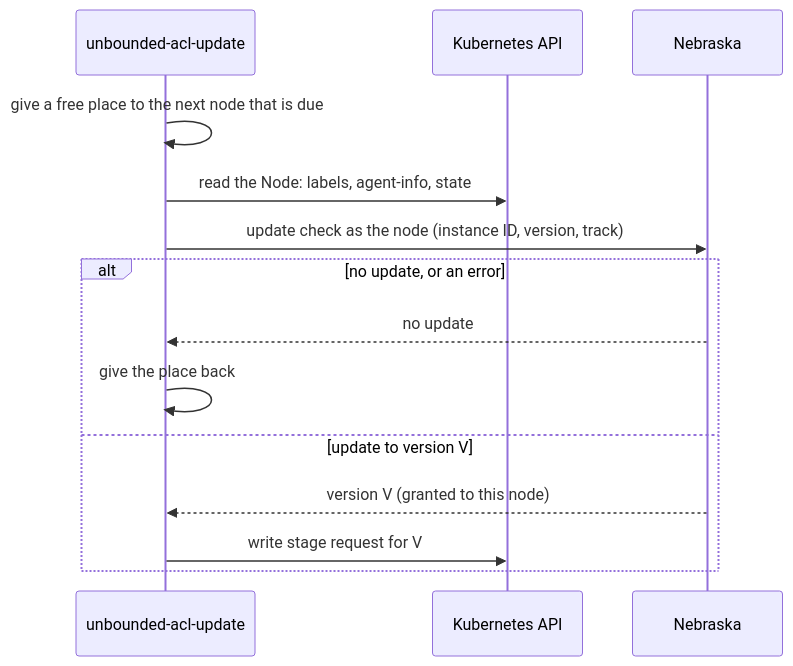
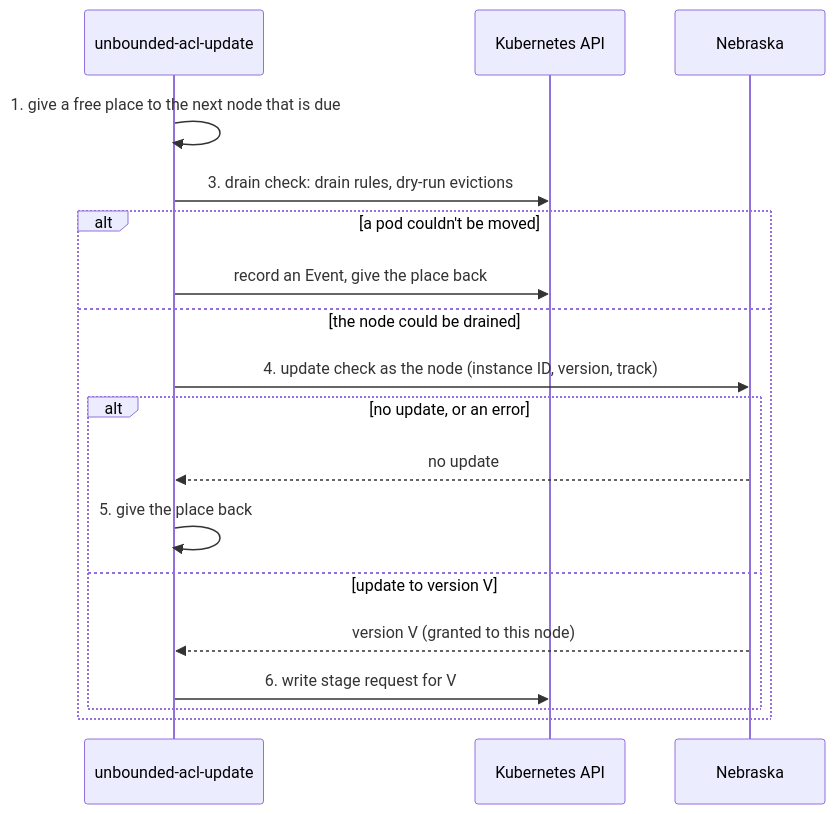
Before and after one commit to Azure/unbounded: the fourth of 7 diagrams in designs/unbounded-acl-update.md, drawn with Mermaid. The commit also changed other lines of this file, not shown here.

First line of the commit message:
docs(designs): settle how ACL updates drain nodes

````diff
--- a/designs/unbounded-acl-update.md
+++ b/designs/unbounded-acl-update.md
@@ -402,17 +416,21 @@
 ```mermaid
 sequenceDiagram
     participant Service as unbounded-acl-update
     participant API as Kubernetes API
     participant Nebraska
 
-    Service->>Service: give a free place to the next node that is due
-    Service->>API: read the Node: labels, agent-info, state
-    Service->>Nebraska: update check as the node (instance ID, version, track)
-    alt no update, or an error
-        Nebraska-->>Service: no update
-        Service->>Service: give the place back
-    else update to version V
-        Nebraska-->>Service: version V (granted to this node)
-        Service->>API: write stage request for V
+    Service->>Service: 1. give a free place to the next node that is due
+    Service->>API: 3. drain check: drain rules, dry-run evictions
+    alt a pod couldn't be moved
+        Service->>API: record an Event, give the place back
+    else the node could be drained
+        Service->>Nebraska: 4. update check as the node (instance ID, version, track)
+        alt no update, or an error
+            Nebraska-->>Service: no update
+            Service->>Service: 5. give the place back
+        else update to version V
+            Nebraska-->>Service: version V (granted to this node)
+            Service->>API: 6. write stage request for V
+        end
     end
 ```
````
